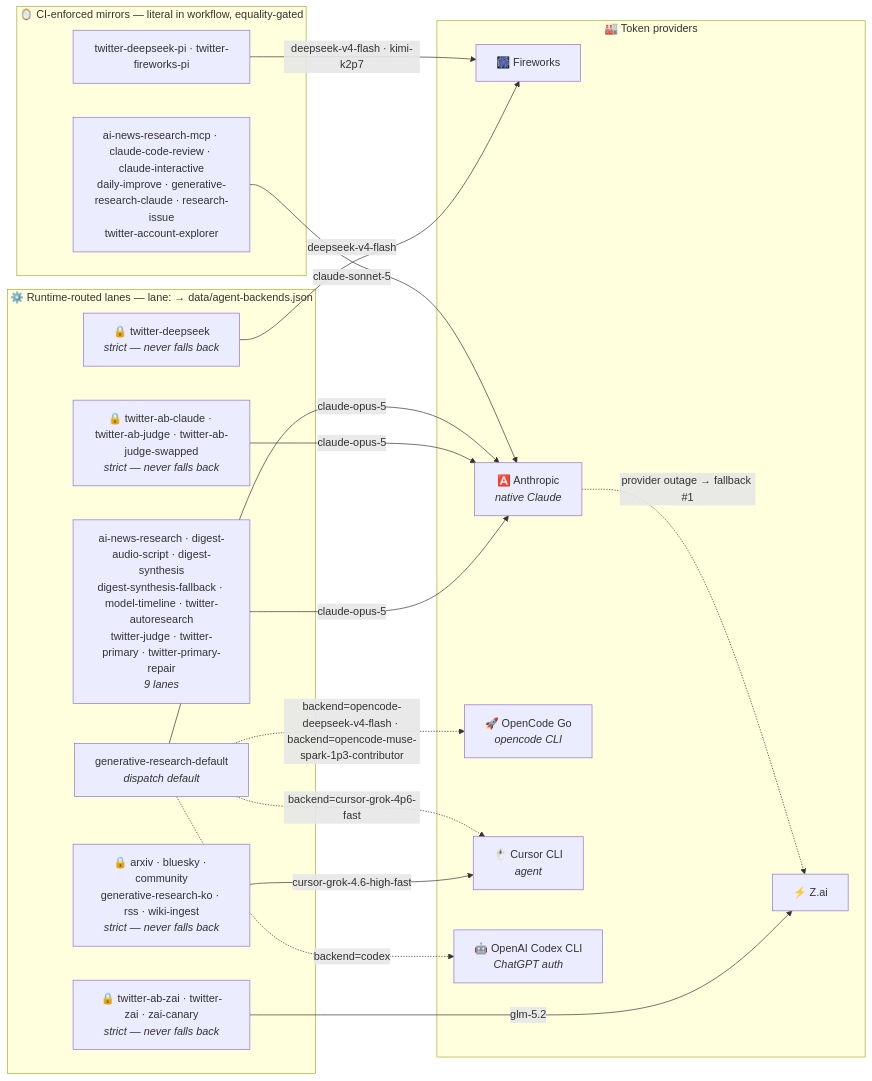
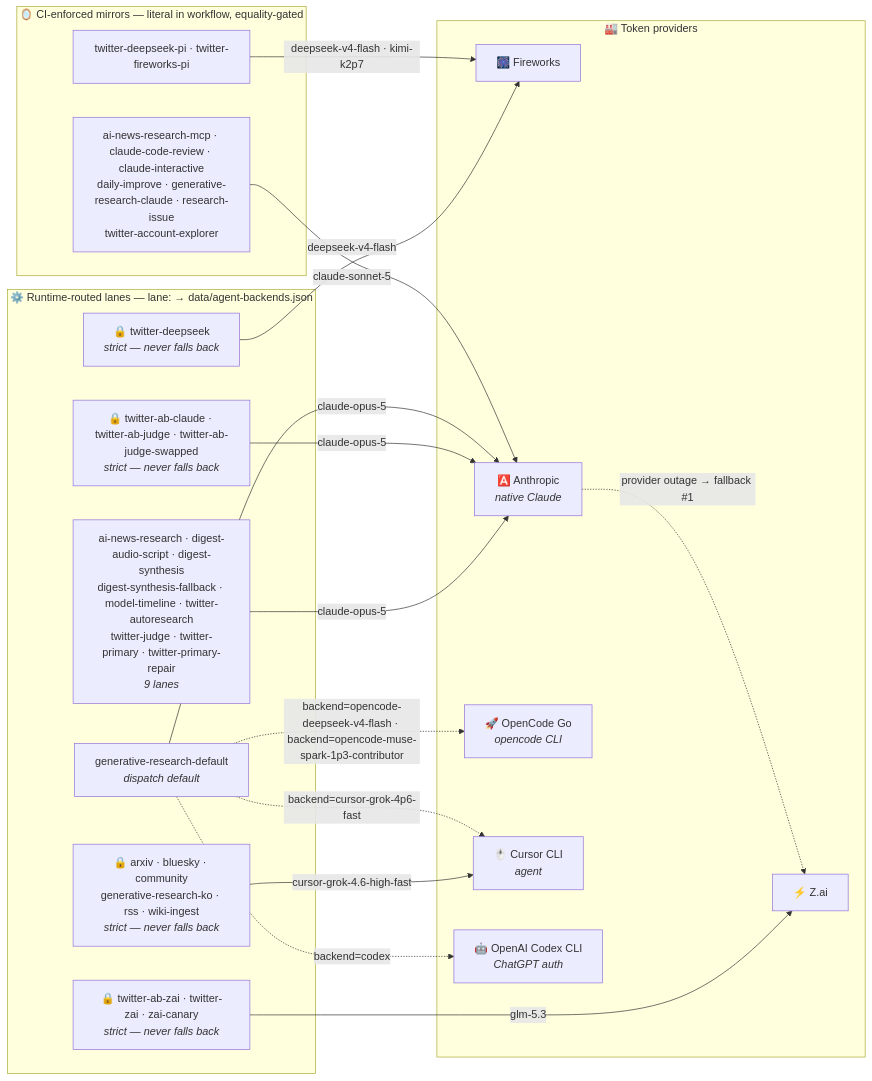
One commit to guzus/ai-research-arm changed the second of 2 diagrams in README.md. Above: the diagram before and after it, drawn with Mermaid. The commit also changed other lines of this file and 17 other files, not shown here.

````diff
--- a/README.md
+++ b/README.md
@@ -155,35 +155,35 @@
 ```mermaid
 flowchart LR
     subgraph runtime["⚙️ Runtime-routed lanes — lane: → data/agent-backends.json"]
         lanes0["ai-news-research · digest-audio-script · digest-synthesis<br/>digest-synthesis-fallback · model-timeline · twitter-autoresearch<br/>twitter-judge · twitter-primary · twitter-primary-repair<br/><i>9 lanes</i>"]
         strict0["🔒 twitter-ab-claude · twitter-ab-judge · twitter-ab-judge-swapped<br/><i>strict — never falls back</i>"]
         strict1["🔒 arxiv · bluesky · community<br/>generative-research-ko · rss · wiki-ingest<br/><i>strict — never falls back</i>"]
         strict2["🔒 twitter-deepseek<br/><i>strict — never falls back</i>"]
         strict3["🔒 twitter-ab-zai · twitter-zai · zai-canary<br/><i>strict — never falls back</i>"]
         gendef["generative-research-default<br/><i>dispatch default</i>"]
     end
     subgraph mirrors["🪞 CI-enforced mirrors — literal in workflow, equality-gated"]
         pi["twitter-deepseek-pi · twitter-fireworks-pi"]
         native["ai-news-research-mcp · claude-code-review · claude-interactive<br/>daily-improve · generative-research-claude · research-issue<br/>twitter-account-explorer"]
     end
     subgraph providers["🏭 Token providers"]
         FW["🎆 Fireworks"]
         ZAI["⚡ Z.ai"]
         ANT["🅰️ Anthropic<br/><i>native Claude</i>"]
         OC["🚀 OpenCode Go<br/><i>opencode CLI</i>"]
         CUR["🖱️ Cursor CLI<br/><i>agent</i>"]
         OAI["🤖 OpenAI Codex CLI<br/><i>ChatGPT auth</i>"]
     end
     lanes0 -->|"claude-opus-5"| ANT
     strict0 -->|"claude-opus-5"| ANT
     strict1 -->|"cursor-grok-4.6-high-fast"| CUR
     strict2 -->|"deepseek-v4-flash"| FW
-    strict3 -->|"glm-5.2"| ZAI
+    strict3 -->|"glm-5.3"| ZAI
     gendef -->|"claude-opus-5"| ANT
     pi -->|"deepseek-v4-flash · kimi-k2p7"| FW
     native -->|"claude-sonnet-5"| ANT
     gendef -.->|"backend=codex"| OAI
     gendef -.->|"backend=opencode-deepseek-v4-flash · backend=opencode-muse-spark-1p3-contributor"| OC
     gendef -.->|"backend=cursor-grok-4p6-fast"| CUR
     ANT -. "provider outage → fallback #1" .-> ZAI
 ```
````
